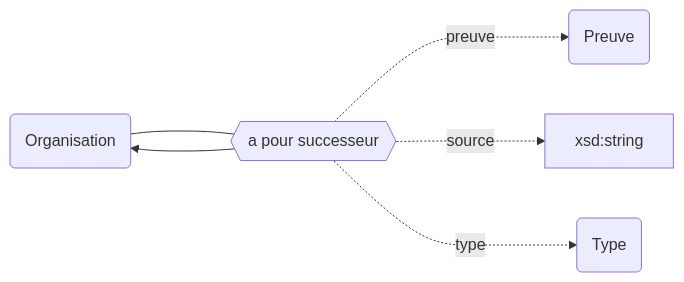
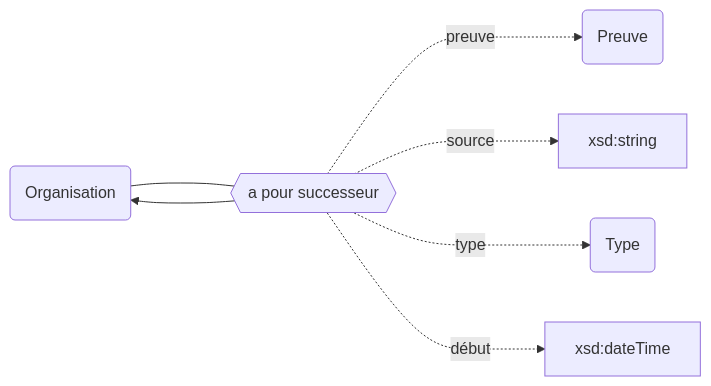
One commit to abes-esr/movies-documentation changed the second of 2 diagrams in docs/Modélisation Movies/Description des établissements/Généalogie des établissements/Généalogie des établissements.md. Above: the diagram before and after it, drawn with Mermaid. The commit also changed other lines of this file, not shown here.

Commit message:
fix: date de début

````diff
--- a/docs/Modélisation Movies/Description des établissements/Généalogie des établissements/Généalogie des établissements.md
+++ b/docs/Modélisation Movies/Description des établissements/Généalogie des établissements/Généalogie des établissements.md
@@ -28,12 +29,13 @@
 ```mermaid
 graph LR
     ORG("Organisation")
     SUCC{{a pour successeur}}
     P(Preuve)
     T(Type)
     
     ORG ---- SUCC  --->  ORG
     SUCC -..-> |preuve| P
     SUCC -..-> |source| xsd:string
     SUCC -..-> |type| T
+    SUCC -..-> |début| xsd:dateTime 
 ```
````
